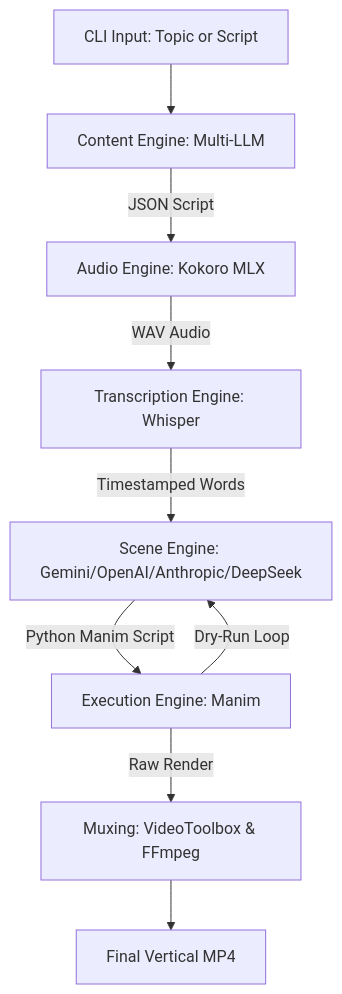
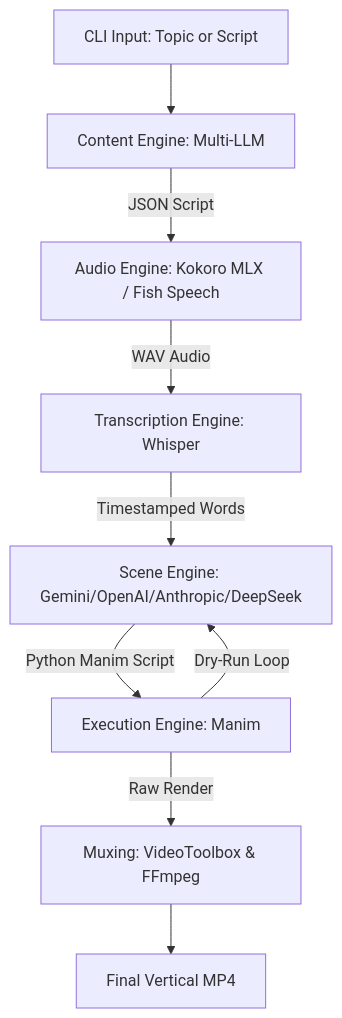
Before and after one commit to aman-senpai/auto-video: the first of 2 diagrams in README.md, drawn with Mermaid. The commit also changed other lines of this file, not shown here.

Commit message:
docs: update README with Hindi/multi-language support, dual TTS engine, and new CLI flags

````diff
--- a/README.md
+++ b/README.md
@@ -11,11 +11,11 @@
 ```mermaid
 graph TD
     A[CLI Input: Topic or Script] --> B[Content Engine: Multi-LLM]
-    B --> |JSON Script| C[Audio Engine: Kokoro MLX]
+    B --> |JSON Script| C[Audio Engine: Kokoro MLX / Fish Speech]
     C --> |WAV Audio| D[Transcription Engine: Whisper]
     D --> |Timestamped Words| E[Scene Engine: Gemini/OpenAI/Anthropic/DeepSeek]
     E --> |Python Manim Script| F[Execution Engine: Manim]
     F --> |Dry-Run Loop| E
     F --> |Raw Render| G[Muxing: VideoToolbox & FFmpeg]
     G --> H[Final Vertical MP4]
 ```
````
